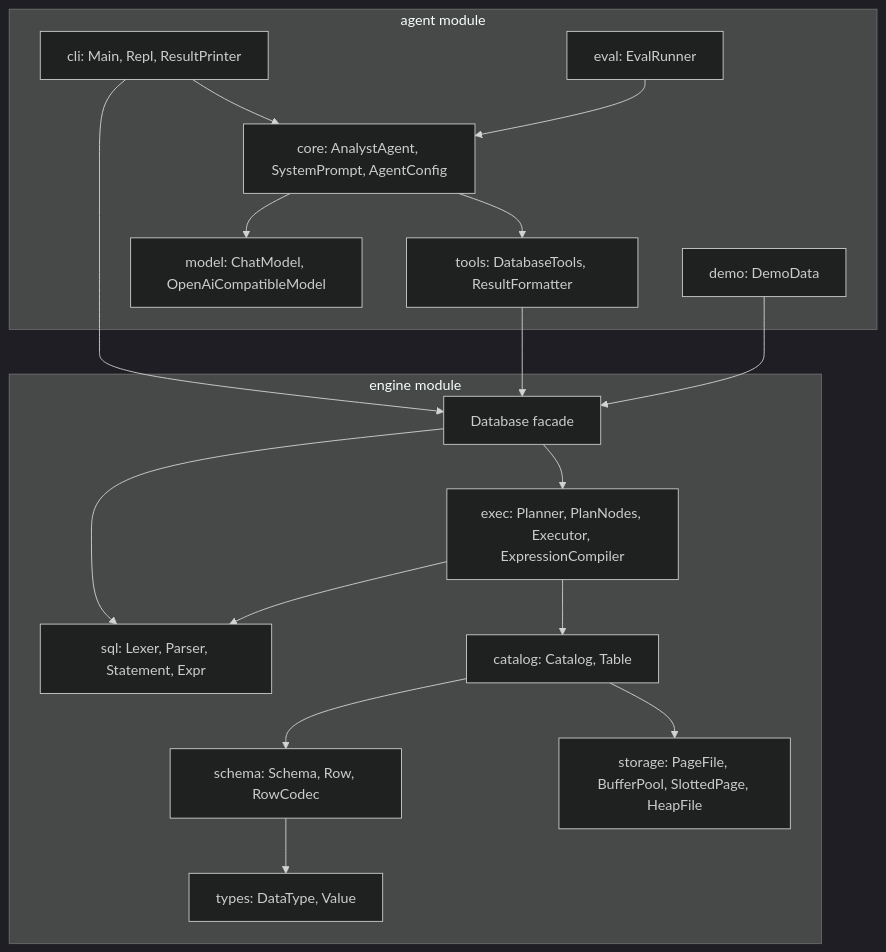
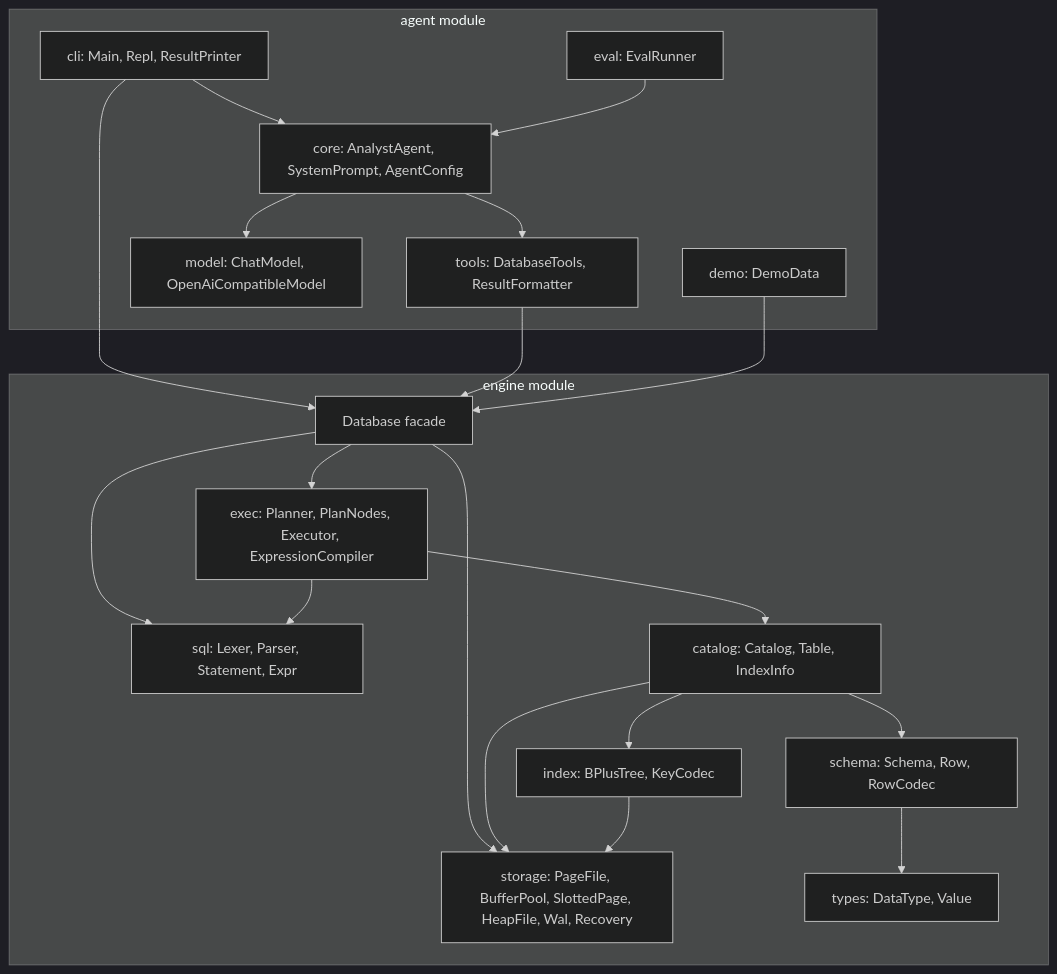
One commit to ekas-7/FrierenDB changed the first of 2 diagrams in docs/hld/02-system-architecture.md. Above: the diagram before and after it, drawn with Mermaid (dark theme). The commit also changed other lines of this file and 7 other files, not shown here.

````diff
--- a/docs/hld/02-system-architecture.md
+++ b/docs/hld/02-system-architecture.md
@@ -15,34 +15,38 @@
 ```mermaid
 flowchart TB
   subgraph agent[agent module]
     CLI["cli: Main, Repl, ResultPrinter"]
     EVAL["eval: EvalRunner"]
     CORE["core: AnalystAgent, SystemPrompt, AgentConfig"]
     TOOLS["tools: DatabaseTools, ResultFormatter"]
     MODEL["model: ChatModel, OpenAiCompatibleModel"]
     DEMO["demo: DemoData"]
   end
   subgraph engine[engine module]
     DB["Database facade"]
     EXEC["exec: Planner, PlanNodes, Executor, ExpressionCompiler"]
     SQL["sql: Lexer, Parser, Statement, Expr"]
-    CAT["catalog: Catalog, Table"]
+    CAT["catalog: Catalog, Table, IndexInfo"]
+    IDX["index: BPlusTree, KeyCodec"]
     SCH["schema: Schema, Row, RowCodec"]
-    STO["storage: PageFile, BufferPool, SlottedPage, HeapFile"]
+    STO["storage: PageFile, BufferPool, SlottedPage, HeapFile, Wal, Recovery"]
     TYP["types: DataType, Value"]
   end
   CLI --> CORE
   CLI --> DB
   EVAL --> CORE
   CORE --> TOOLS
   CORE --> MODEL
   TOOLS --> DB
   DEMO --> DB
   DB --> SQL
   DB --> EXEC
+  DB --> STO
   EXEC --> CAT
   EXEC --> SQL
   CAT --> SCH
   CAT --> STO
+  CAT --> IDX
+  IDX --> STO
   SCH --> TYP
 ```
````
